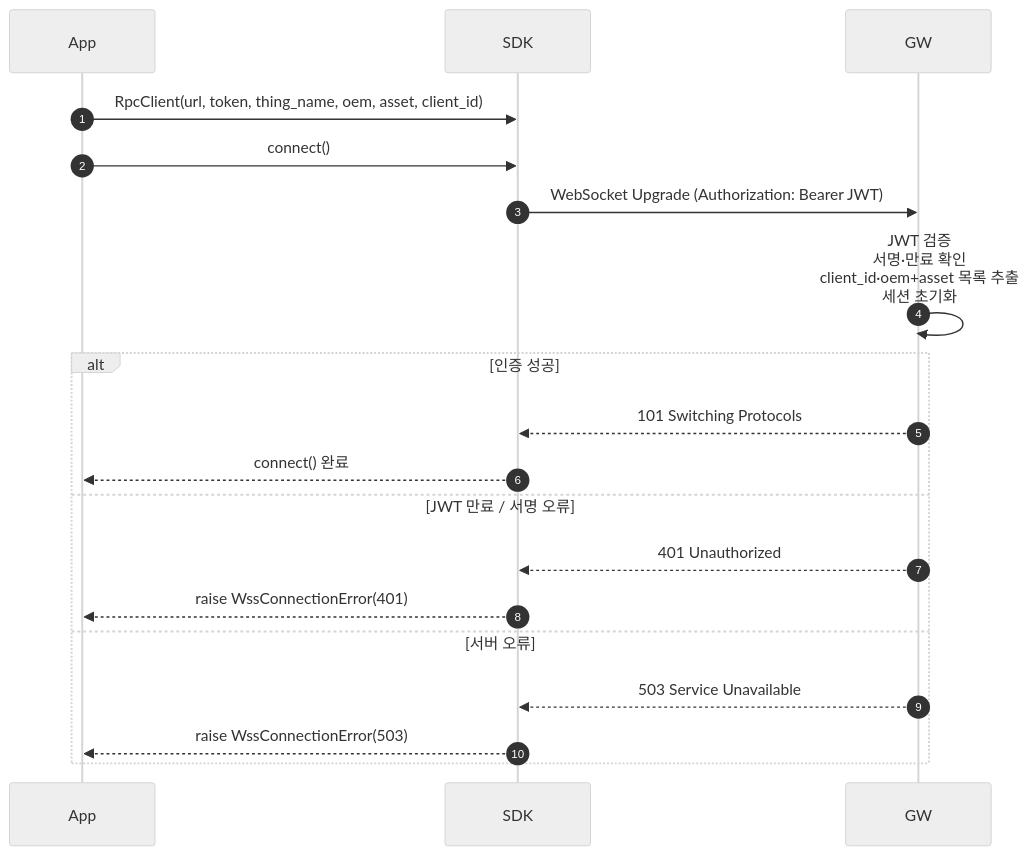
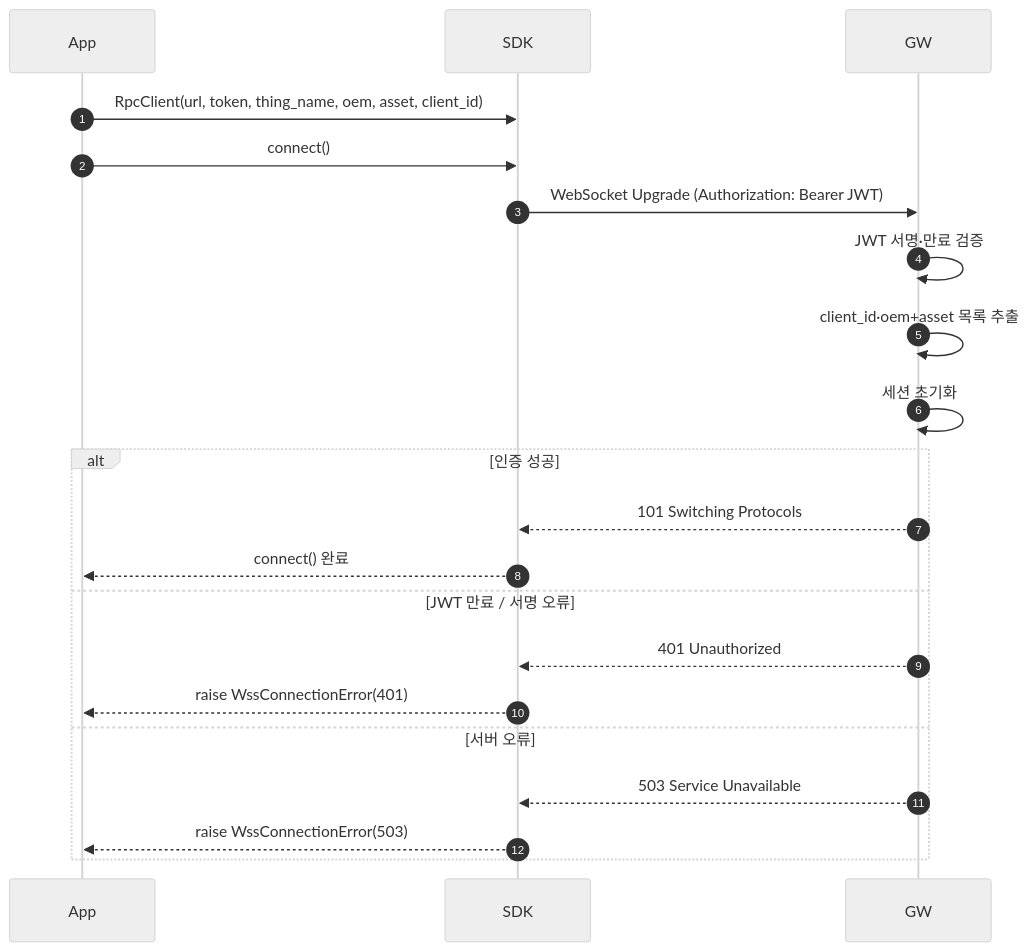
The tenth of 12 diagrams in docs/RPC_SEQUENCE_DIAGRAMS.md (DongEunKim/MQTT-WSS-API), drawn with Mermaid (neutral theme) before and after one commit. The commit also changed other lines of this file, not shown here.

First line of the commit message:
docs: 시퀀스 다이어그램 시인성 개선 및 모든 패턴에 Edge 사전 구독 전제 추가

````diff
--- a/docs/RPC_SEQUENCE_DIAGRAMS.md
+++ b/docs/RPC_SEQUENCE_DIAGRAMS.md
@@ -387,25 +413,27 @@
 ```mermaid
 sequenceDiagram
     autonumber
     participant App
     participant SDK
     participant GW
 
     App->>SDK: RpcClient(url, token, thing_name, oem, asset, client_id)
     App->>SDK: connect()
 
     SDK->>GW: WebSocket Upgrade (Authorization: Bearer JWT)
 
-    GW->>GW: JWT 검증<br/>서명·만료 확인<br/>client_id·oem+asset 목록 추출<br/>세션 초기화
+    GW->>GW: JWT 서명·만료 검증
+    GW->>GW: client_id·oem+asset 목록 추출
+    GW->>GW: 세션 초기화
 
     alt 인증 성공
         GW-->>SDK: 101 Switching Protocols
         SDK-->>App: connect() 완료
     else JWT 만료 / 서명 오류
         GW-->>SDK: 401 Unauthorized
         SDK-->>App: raise WssConnectionError(401)
     else 서버 오류
         GW-->>SDK: 503 Service Unavailable
         SDK-->>App: raise WssConnectionError(503)
     end
 ```
````
